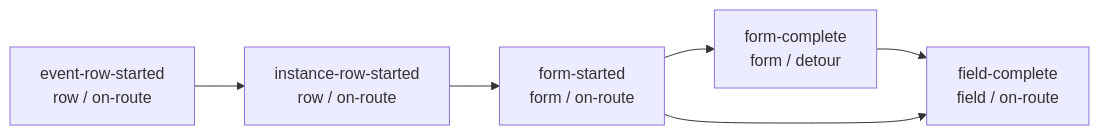
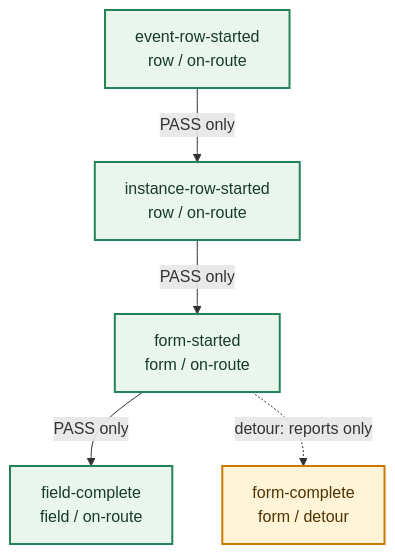
The diagram in README.Rmd (blankuzr/redcapmissing), drawn with Mermaid before and after one commit. The commit also changed other lines of this file and 3 other files, not shown here.

Commit message:
Clarify README validation flow diagram

````diff
--- a/README.Rmd
+++ b/README.Rmd
@@ -57,8 +59,12 @@
 ```mermaid
-flowchart LR
-  A["event-row-started<br/>row / on-route"] --> B["instance-row-started<br/>row / on-route"]
-  B --> C["form-started<br/>form / on-route"]
-  C --> D["form-complete<br/>form / detour"]
-  D --> E["field-complete<br/>field / on-route"]
-  C --> E
+flowchart TB
+  A["event-row-started<br/>row / on-route"] -->|"PASS only"| B["instance-row-started<br/>row / on-route"]
+  B -->|"PASS only"| C["form-started<br/>form / on-route"]
+  C -->|"PASS only"| E["field-complete<br/>field / on-route"]
+  C -. "detour: reports only" .-> D["form-complete<br/>form / detour"]
+
+  classDef onRoute fill:#eaf5ee,stroke:#258457,color:#173b2b,stroke-width:2px;
+  classDef detour fill:#fff4d7,stroke:#c77900,color:#513300,stroke-width:2px;
+  class A,B,C,E onRoute;
+  class D detour;
 ```
````
